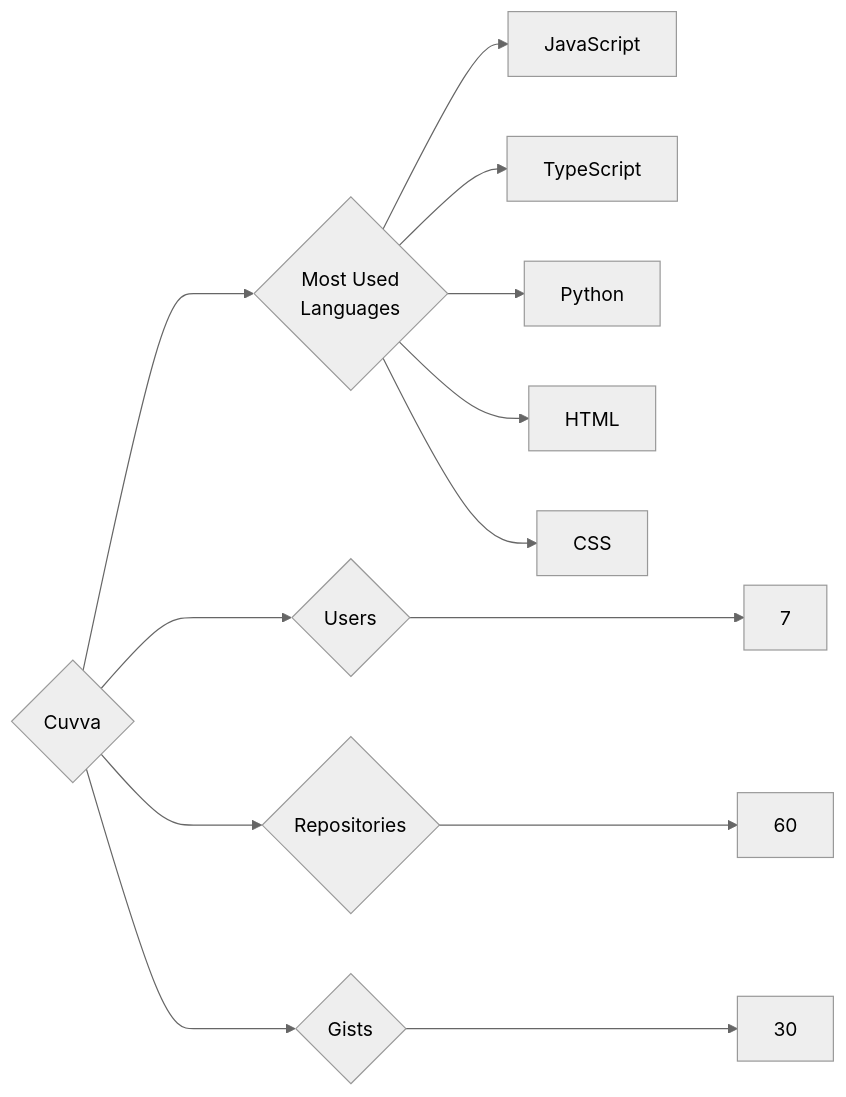
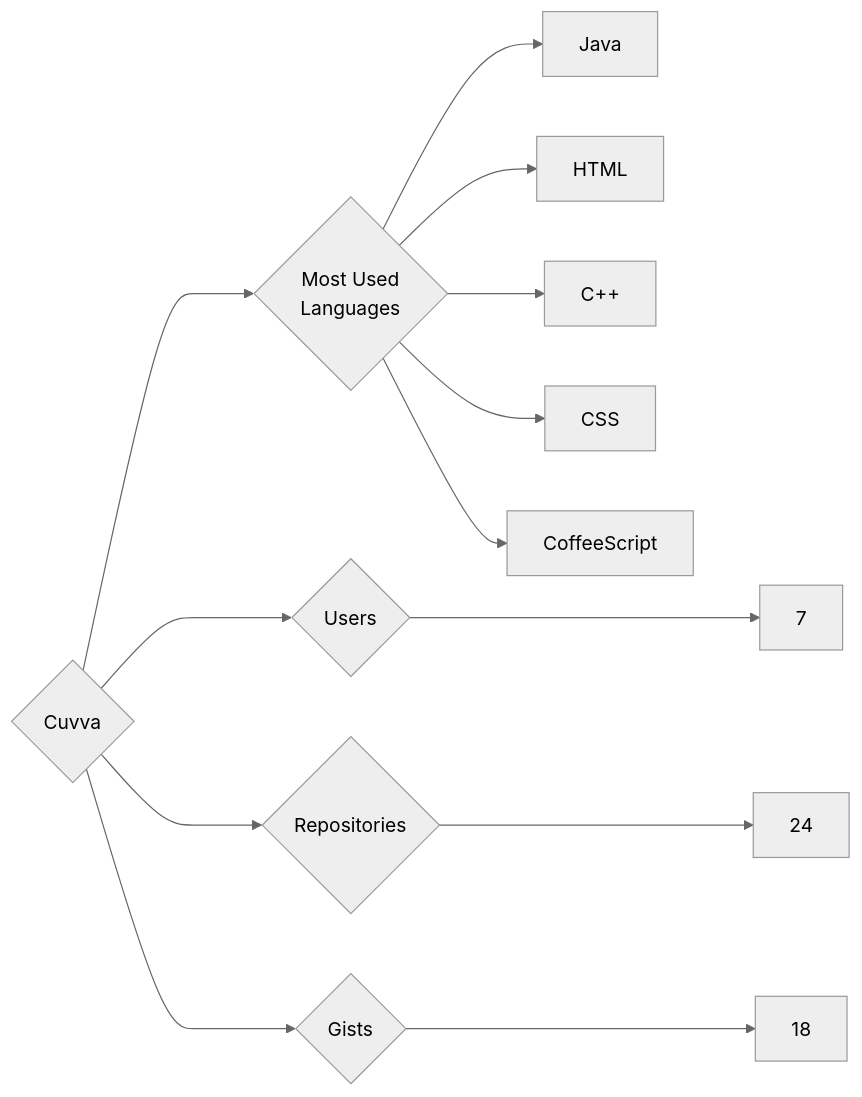
Before and after one commit to trickest/insiders: the diagram in targets/Cuvva/README.md, drawn with Mermaid (neutral theme). The commit also changed 644 other files, not shown here.

````diff
--- a/targets/Cuvva/README.md
+++ b/targets/Cuvva/README.md
@@ -3,13 +3,13 @@
 ```mermaid
 graph LR
 COMPANY_NAME{Cuvva}
 COMPANY_NAME ---> U{Users} ---> UN[7]
-COMPANY_NAME ---> R{Repositories} ---> RN[60]
-COMPANY_NAME ---> G{Gists} ---> GN[30]
+COMPANY_NAME ---> R{Repositories} ---> RN[24]
+COMPANY_NAME ---> G{Gists} ---> GN[18]
 COMPANY_NAME ---> ML{Most Used<br>Languages}
-ML --> JavaScript[JavaScript]
-ML --> TypeScript[TypeScript]
-ML --> Python[Python]
+ML --> Java[Java]
 ML --> HTML[HTML]
+ML --> C++[C++]
 ML --> CSS[CSS]
+ML --> CoffeeScript[CoffeeScript]
 ```
````
